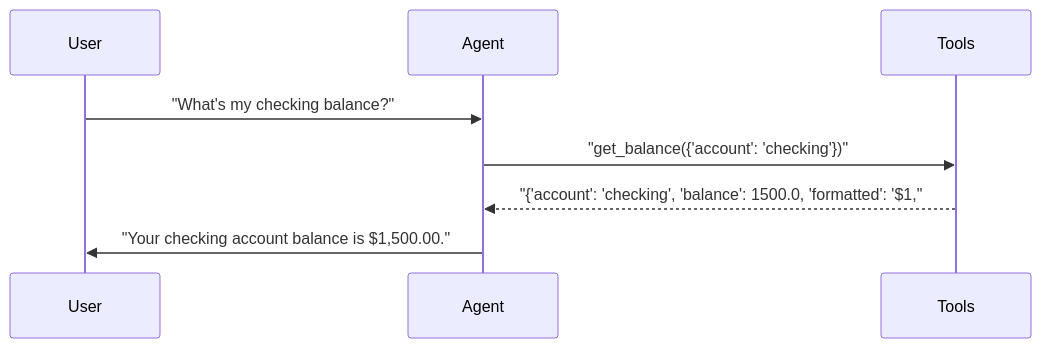
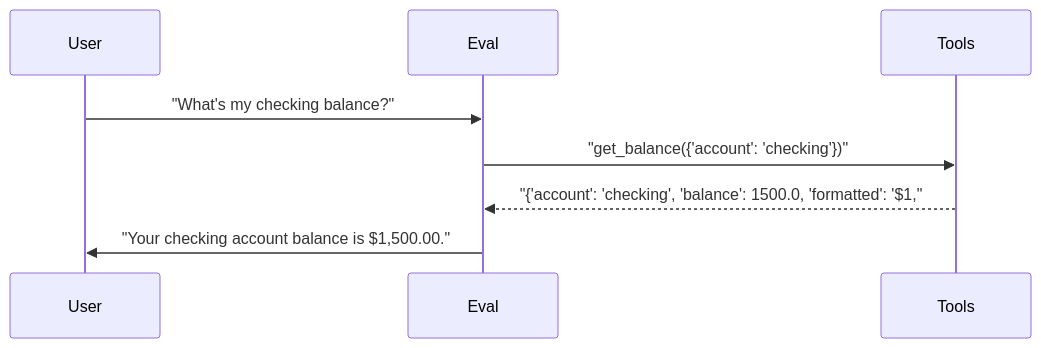
The first of 4 diagrams in docs/reports/09_ab_servers.md (sbroenne/pytest-skill-engineering), drawn with Mermaid before and after one commit. The commit also changed other lines of this file and 155 other files, not shown here.

````diff
--- a/docs/reports/09_ab_servers.md
+++ b/docs/reports/09_ab_servers.md
@@ -135,11 +135,11 @@
 ```mermaid
 sequenceDiagram
     participant User
-    participant Agent
+    participant Eval
     participant Tools
 
-    User->>Agent: "What's my checking balance?"
-    Agent->>Tools: "get_balance({'account': 'checking'})"
-    Tools-->>Agent: "{'account': 'checking', 'balance': 1500.0, 'formatted': '$1,"
-    Agent->>User: "Your checking account balance is $1,500.00."
+    User->>Eval: "What's my checking balance?"
+    Eval->>Tools: "get_balance({'account': 'checking'})"
+    Tools-->>Eval: "{'account': 'checking', 'balance': 1500.0, 'formatted': '$1,"
+    Eval->>User: "Your checking account balance is $1,500.00."
 ```
````
